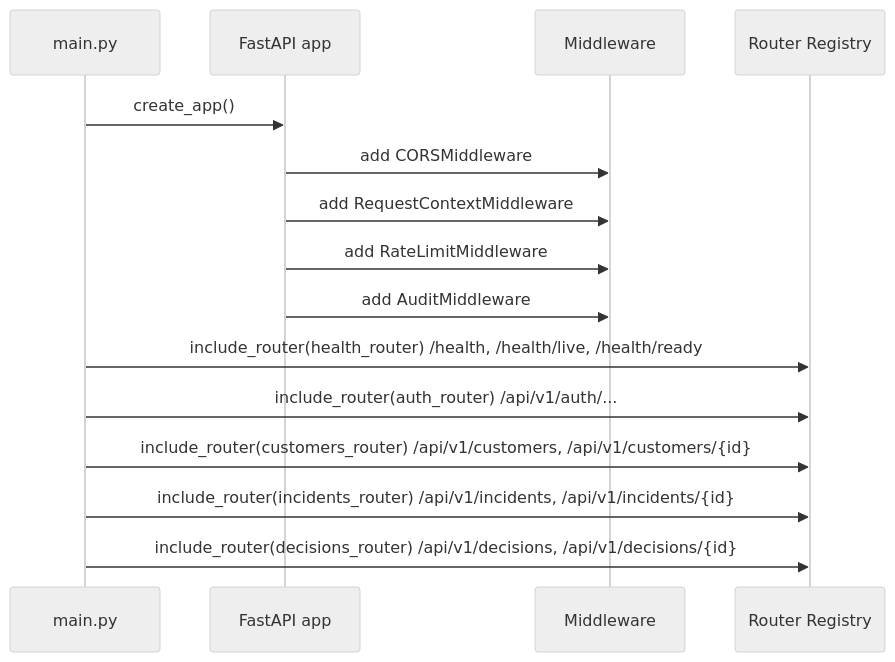
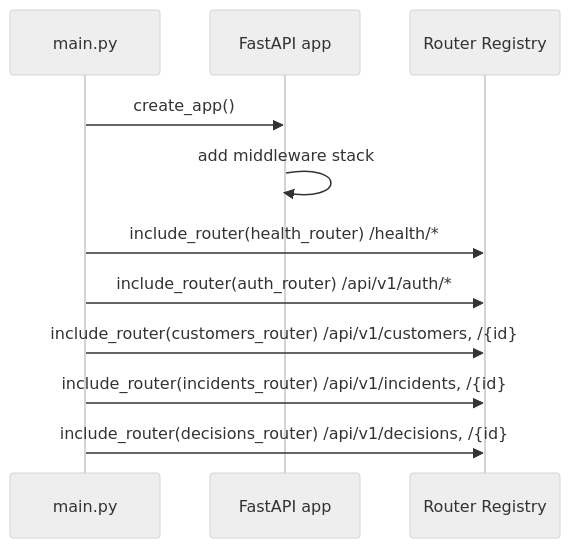
The second of 5 diagrams in internal/Infra_design_evolution/Phase5_Infra_design_evolution.md (sarat-coder/NovaEnterprise), drawn with Mermaid (neutral theme) before and after one commit. The commit also changed other lines of this file and 4 other files, not shown here.

````diff
--- a/internal/Infra_design_evolution/Phase5_Infra_design_evolution.md
+++ b/internal/Infra_design_evolution/Phase5_Infra_design_evolution.md
@@ -51,18 +41,14 @@
 ```mermaid
 sequenceDiagram
     participant M as main.py
     participant F as FastAPI app
-    participant MW as Middleware
     participant R as Router Registry
 
     M->>F: create_app()
-    F->>MW: add CORSMiddleware
-    F->>MW: add RequestContextMiddleware
-    F->>MW: add RateLimitMiddleware
-    F->>MW: add AuditMiddleware
-    M->>R: include_router(health_router)      /health, /health/live, /health/ready
-    M->>R: include_router(auth_router)        /api/v1/auth/...
-    M->>R: include_router(customers_router)   /api/v1/customers, /api/v1/customers/{id}
-    M->>R: include_router(incidents_router)   /api/v1/incidents, /api/v1/incidents/{id}
-    M->>R: include_router(decisions_router)   /api/v1/decisions, /api/v1/decisions/{id}
+    F->>F: add middleware stack
+    M->>R: include_router(health_router)      /health/*
+    M->>R: include_router(auth_router)        /api/v1/auth/*
+    M->>R: include_router(customers_router)   /api/v1/customers, /{id}
+    M->>R: include_router(incidents_router)   /api/v1/incidents, /{id}
+    M->>R: include_router(decisions_router)   /api/v1/decisions, /{id}
 ```
````
